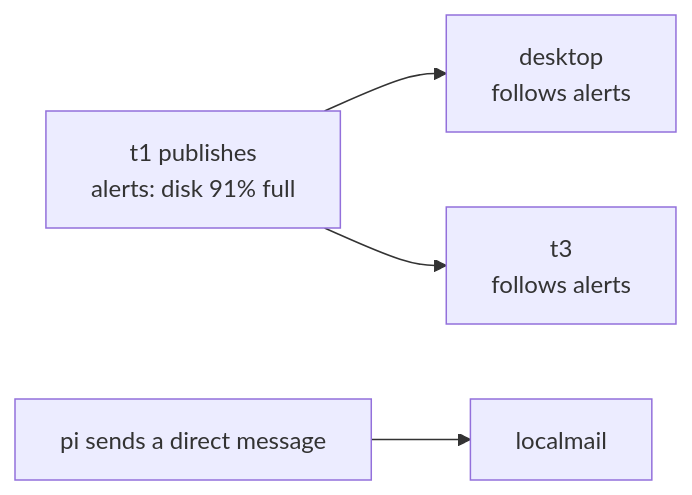
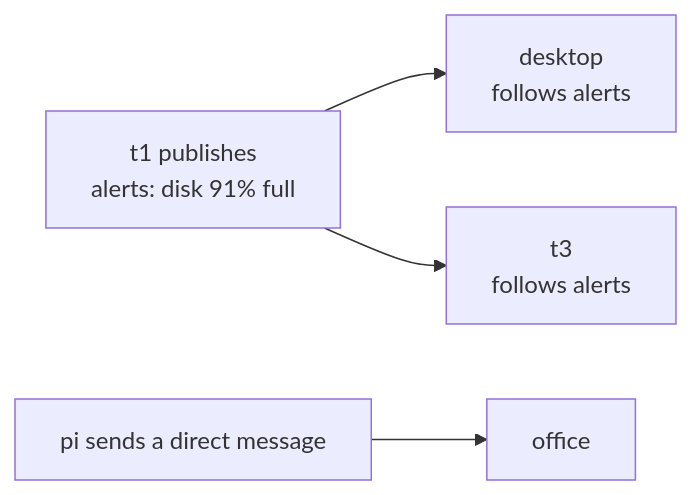
One commit to peterretief/yggstore changed the diagram in docs/messaging.md. Above: the diagram before and after it, drawn with Mermaid. The commit also changed other lines of this file and 6 other files, not shown here.

````diff
--- a/docs/messaging.md
+++ b/docs/messaging.md
@@ -9,6 +9,6 @@
 ```mermaid
 flowchart LR
   P1["t1 publishes<br/>alerts: disk 91% full"] --> D["desktop<br/>follows alerts"]
   P1 --> T3["t3<br/>follows alerts"]
-  P2["pi sends a direct message"] --> L["localmail"]
+  P2["pi sends a direct message"] --> L["office"]
 ```
````
